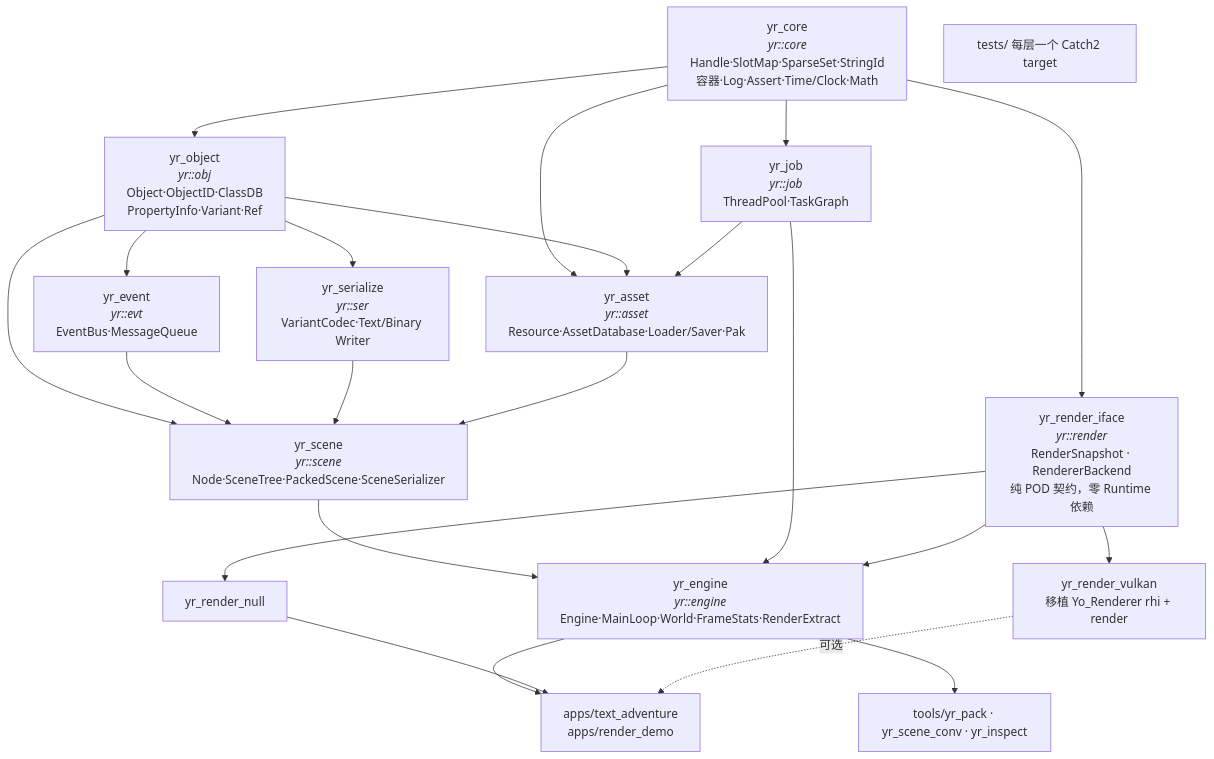
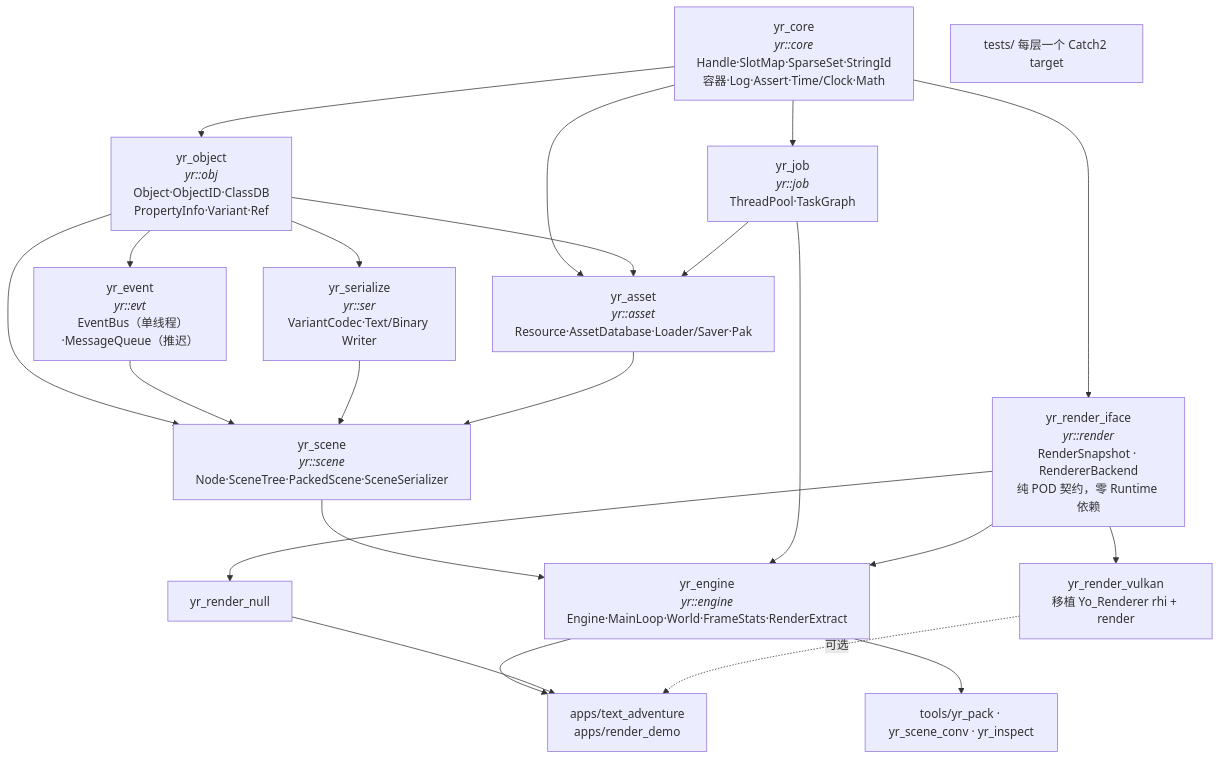
One commit to yoyorm/YRuntime changed the first of 2 diagrams in doc/01-architecture.md. Above: the diagram before and after it, drawn with Mermaid. The commit also changed other lines of this file and 13 other files, not shown here.

````diff
--- a/doc/01-architecture.md
+++ b/doc/01-architecture.md
@@ -29,40 +29,40 @@
 ```mermaid
 graph TD
     CORE["yr_core<br/><i>yr::core</i><br/>Handle·SlotMap·SparseSet·StringId<br/>容器·Log·Assert·Time/Clock·Math"]
 
     JOB["yr_job<br/><i>yr::job</i><br/>ThreadPool·TaskGraph"]
     OBJ["yr_object<br/><i>yr::obj</i><br/>Object·ObjectID·ClassDB<br/>PropertyInfo·Variant·Ref"]
     RIF["yr_render_iface<br/><i>yr::render</i><br/>RenderSnapshot · RendererBackend<br/>纯 POD 契约，零 Runtime 依赖"]
 
-    EVT["yr_event<br/><i>yr::evt</i><br/>EventBus·MessageQueue"]
+    EVT["yr_event<br/><i>yr::evt</i><br/>EventBus（单线程）·MessageQueue（推迟）"]
     SER["yr_serialize<br/><i>yr::ser</i><br/>VariantCodec·Text/Binary Writer"]
     AST["yr_asset<br/><i>yr::asset</i><br/>Resource·AssetDatabase·Loader/Saver·Pak"]
 
     SCN["yr_scene<br/><i>yr::scene</i><br/>Node·SceneTree·PackedScene·SceneSerializer"]
     ENG["yr_engine<br/><i>yr::engine</i><br/>Engine·MainLoop·World·FrameStats·RenderExtract"]
 
     RNULL["yr_render_null"]
     RVK["yr_render_vulkan<br/>移植 Yo_Renderer rhi + render"]
 
     APPS["apps/text_adventure<br/>apps/render_demo"]
     TOOLS["tools/yr_pack · yr_scene_conv · yr_inspect"]
     TESTS["tests/ 每层一个 Catch2 target"]
 
     CORE --> JOB & OBJ & RIF
     OBJ --> EVT & SER
     CORE --> AST
     OBJ --> AST
     JOB --> AST
     OBJ --> SCN
     EVT --> SCN
     SER --> SCN
     AST --> SCN
     SCN --> ENG
     JOB --> ENG
     RIF --> ENG
     ENG --> APPS
     RIF --> RNULL & RVK
     RNULL --> APPS
     RVK -.->|"可选"| APPS
     ENG --> TOOLS
 ```
````
